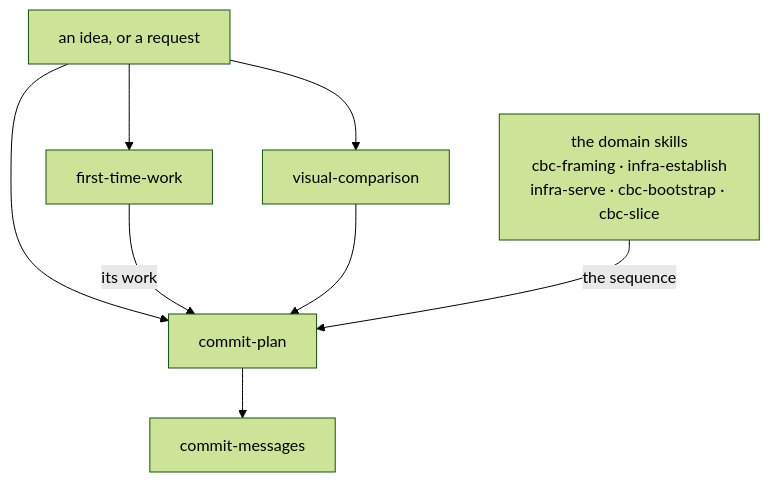
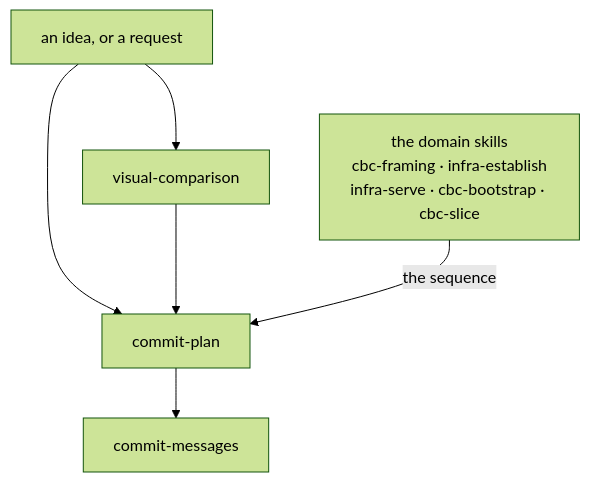
One commit to edgaras87/correctness-by-construction changed the diagram in docs/conventions/README.md. Above: the diagram before and after it, drawn with Mermaid (forest theme). The commit also changed other lines of this file and 8 other files, not shown here.

First line of the commit message:
docs: first-time-work leaves the conventions

````diff
--- a/docs/conventions/README.md
+++ b/docs/conventions/README.md
@@ -16,17 +16,14 @@
 ```mermaid
 flowchart TB
     idea["an idea, or a request"]
     vc["visual-comparison"]
-    ftw["first-time-work"]
     cp["commit-plan"]
     cm["commit-messages"]
     dom["the domain skills<br/>cbc-framing · infra-establish<br/>infra-serve · cbc-bootstrap · cbc-slice"]
 
     idea --> vc
-    idea --> ftw
     idea --> cp
-    ftw -- "its work" --> cp
     vc --> cp
     dom -- "the sequence" --> cp
     cp --> cm
 ```
````
